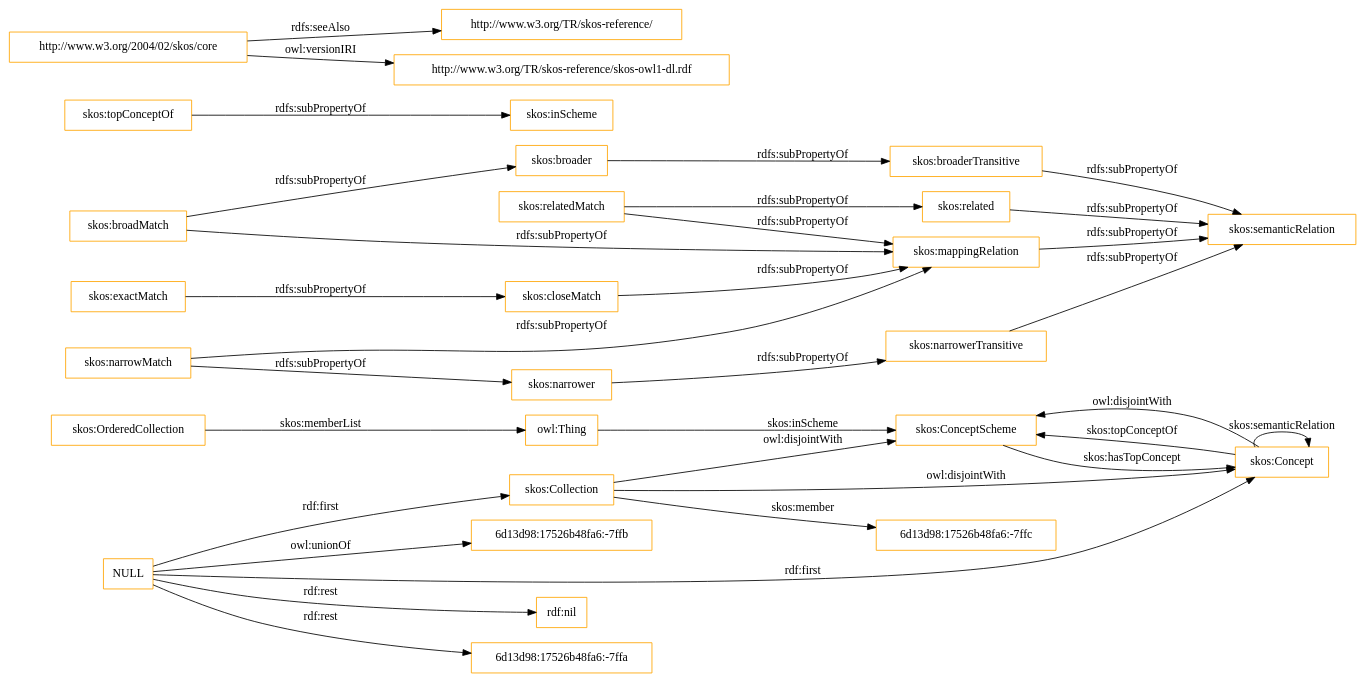
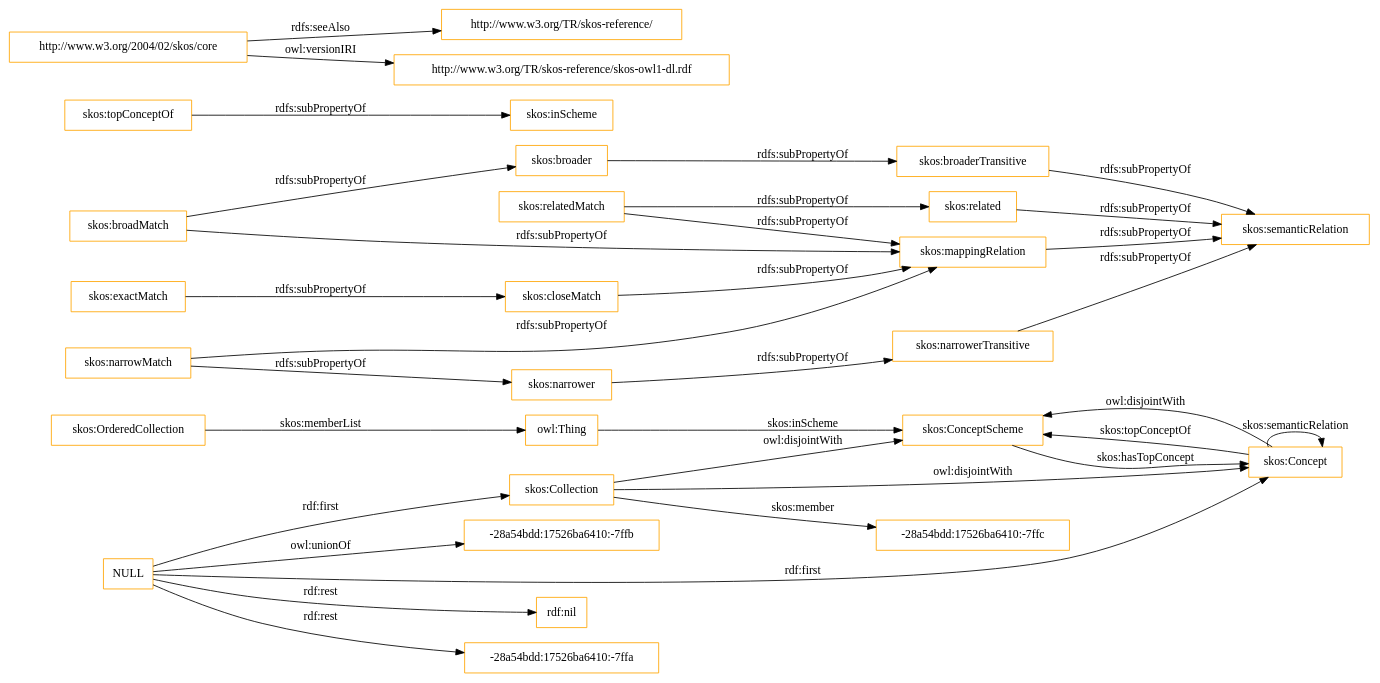
The diagram in OnToology/imports/skos.owl/diagrams/ar2dtool-class/skos.owl.png.dot (OnToologyUser/core-ontology-1), drawn with Graphviz before and after one commit. The commit also changed 14 other files, not shown here.

```diff
--- a/OnToology/imports/skos.owl/diagrams/ar2dtool-class/skos.owl.png.dot
+++ b/OnToology/imports/skos.owl/diagrams/ar2dtool-class/skos.owl.png.dot
@@ -1,37 +1,37 @@
 digraph ar2dtool_diagram { 
 rankdir=LR;
 size="1501"
-node [shape = rectangle, color="orange"]; "skos:OrderedCollection" "skos:ConceptScheme" "skos:Concept" "skos:Collection" "6d13d98:17526b48fa6:-7ffc" ; /*classes style*/
+node [shape = rectangle, color="orange"]; "skos:OrderedCollection" "skos:ConceptScheme" "skos:Concept" "skos:Collection" "-28a54bdd:17526ba6410:-7ffc" ; /*classes style*/
 	"skos:narrowerTransitive" -> "skos:semanticRelation" [ label = "rdfs:subPropertyOf" ];
 	"NULL" -> "rdf:nil" [ label = "rdf:rest" ];
 	"NULL" -> "skos:Concept" [ label = "rdf:first" ];
-	"NULL" -> "6d13d98:17526b48fa6:-7ffa" [ label = "rdf:rest" ];
+	"NULL" -> "-28a54bdd:17526ba6410:-7ffa" [ label = "rdf:rest" ];
 	"NULL" -> "skos:Collection" [ label = "rdf:first" ];
-	"NULL" -> "6d13d98:17526b48fa6:-7ffb" [ label = "owl:unionOf" ];
+	"NULL" -> "-28a54bdd:17526ba6410:-7ffb" [ label = "owl:unionOf" ];
 	"skos:closeMatch" -> "skos:mappingRelation" [ label = "rdfs:subPropertyOf" ];
 	"skos:Concept" -> "skos:ConceptScheme" [ label = "owl:disjointWith" ];
 	"skos:relatedMatch" -> "skos:related" [ label = "rdfs:subPropertyOf" ];
 	"skos:relatedMatch" -> "skos:mappingRelation" [ label = "rdfs:subPropertyOf" ];
 	"skos:related" -> "skos:semanticRelation" [ label = "rdfs:subPropertyOf" ];
 	"skos:topConceptOf" -> "skos:inScheme" [ label = "rdfs:subPropertyOf" ];
 	"skos:broadMatch" -> "skos:mappingRelation" [ label = "rdfs:subPropertyOf" ];
 	"skos:broadMatch" -> "skos:broader" [ label = "rdfs:subPropertyOf" ];
 	"skos:exactMatch" -> "skos:closeMatch" [ label = "rdfs:subPropertyOf" ];
 	"skos:broaderTransitive" -> "skos:semanticRelation" [ label = "rdfs:subPropertyOf" ];
 	"skos:broader" -> "skos:broaderTransitive" [ label = "rdfs:subPropertyOf" ];
 	"skos:mappingRelation" -> "skos:semanticRelation" [ label = "rdfs:subPropertyOf" ];
 	"http://www.w3.org/2004/02/skos/core" -> "http://www.w3.org/TR/skos-reference/" [ label = "rdfs:seeAlso" ];
 	"http://www.w3.org/2004/02/skos/core" -> "http://www.w3.org/TR/skos-reference/skos-owl1-dl.rdf" [ label = "owl:versionIRI" ];
 	"skos:Collection" -> "skos:ConceptScheme" [ label = "owl:disjointWith" ];
 	"skos:Collection" -> "skos:Concept" [ label = "owl:disjointWith" ];
 	"skos:narrower" -> "skos:narrowerTransitive" [ label = "rdfs:subPropertyOf" ];
 	"skos:narrowMatch" -> "skos:narrower" [ label = "rdfs:subPropertyOf" ];
 	"skos:narrowMatch" -> "skos:mappingRelation" [ label = "rdfs:subPropertyOf" ];
 	"skos:OrderedCollection" -> "owl:Thing" [ label = "skos:memberList" ];
 	"skos:Concept" -> "skos:ConceptScheme" [ label = "skos:topConceptOf" ];
 	"skos:Concept" -> "skos:Concept" [ label = "skos:semanticRelation" ];
-	"skos:Collection" -> "6d13d98:17526b48fa6:-7ffc" [ label = "skos:member" ];
+	"skos:Collection" -> "-28a54bdd:17526ba6410:-7ffc" [ label = "skos:member" ];
 	"skos:ConceptScheme" -> "skos:Concept" [ label = "skos:hasTopConcept" ];
 	"owl:Thing" -> "skos:ConceptScheme" [ label = "skos:inScheme" ];
 
 }
```
